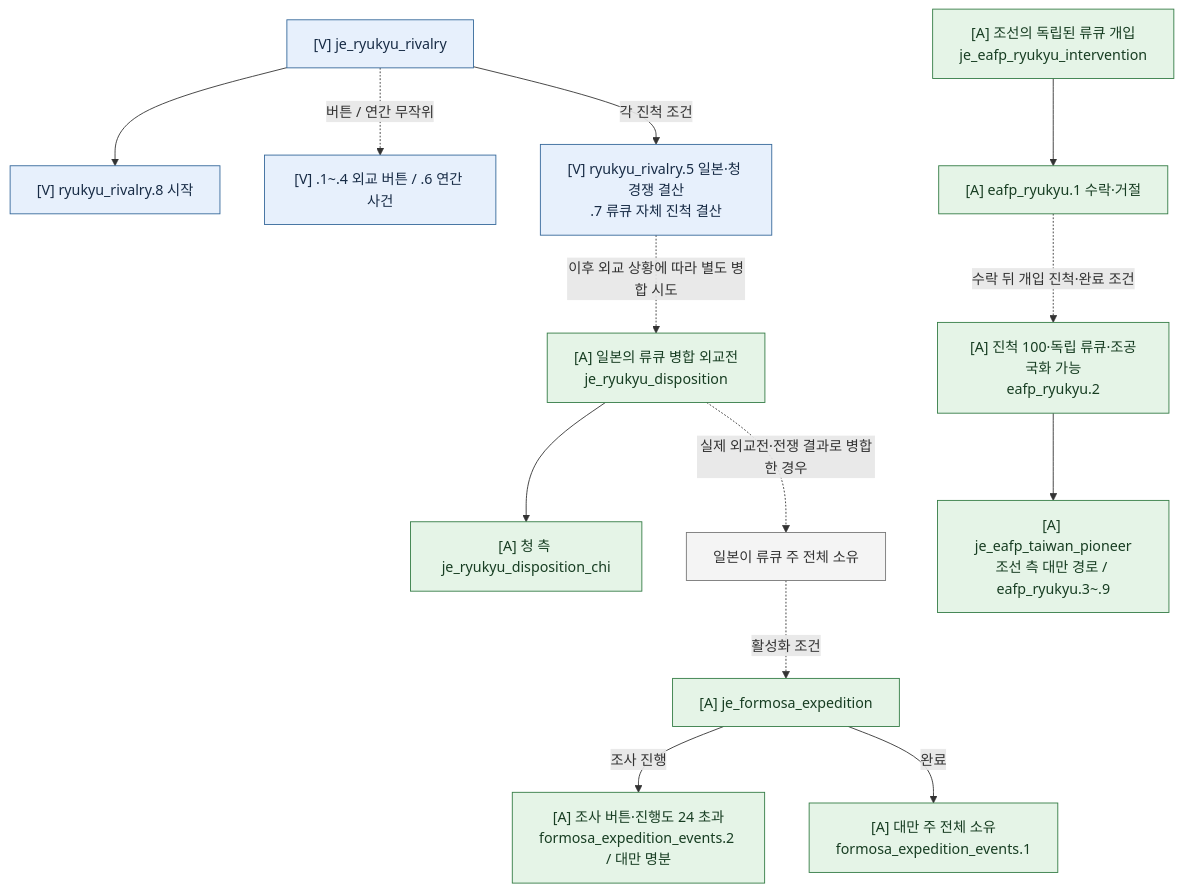
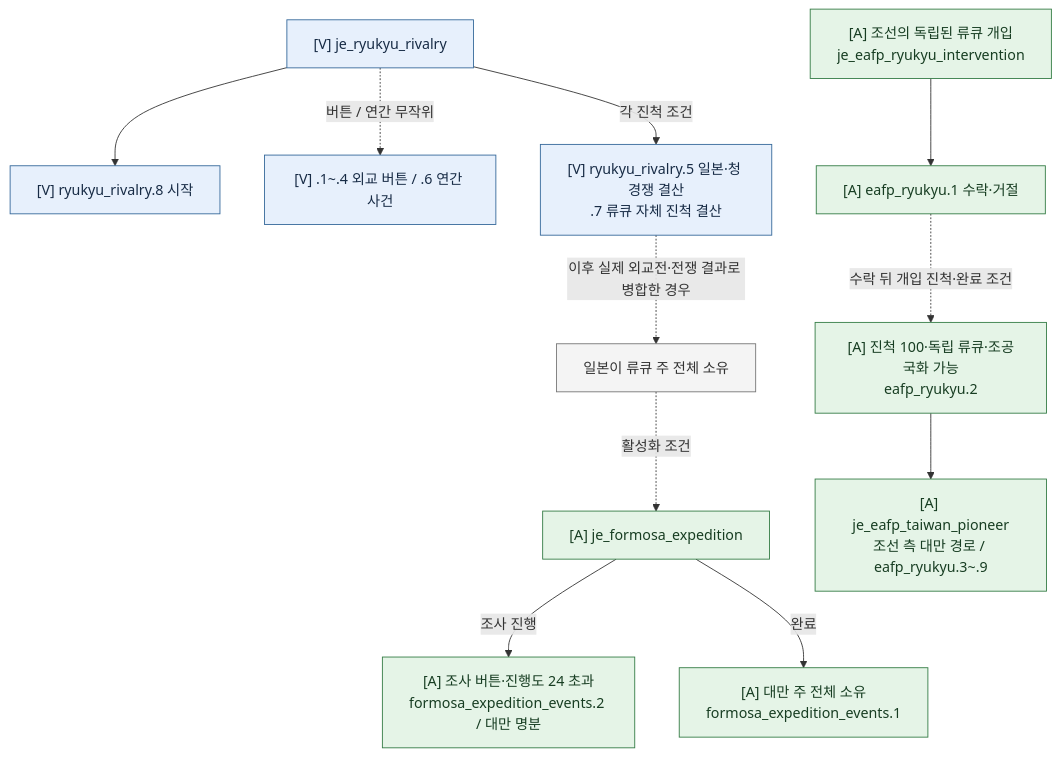
Diagram 11 of 13 in documentation/japan_content.md (East-Asia-Flavor-Pack/East-Asia-Flavor-Pack), drawn with Mermaid before and after one commit. The commit also changed other lines of this file and 5 other files, not shown here.

````diff
--- a/documentation/japan_content.md
+++ b/documentation/japan_content.md
@@ -900,35 +900,31 @@
 ```mermaid
 flowchart TD
     R["[V] je_ryukyu_rivalry"]:::V
     RI["[V] ryukyu_rivalry.8 시작"]:::V
     RR["[V] .1~.4 외교 버튼 / .6 연간 사건"]:::V
     RE["[V] ryukyu_rivalry.5 일본·청 경쟁 결산<br/>.7 류큐 자체 진척 결산"]:::V
-    ANN["[A] 일본의 류큐 병합 외교전<br/>je_ryukyu_disposition"]:::A
-    CHI["[A] 청 측 je_ryukyu_disposition_chi"]:::A
     OWNS["일본이 류큐 주 전체 소유"]:::N
     F["[A] je_formosa_expedition"]:::A
     SURVEY["[A] 조사 버튼·진행도 24 초과<br/>formosa_expedition_events.2 / 대만 명분"]:::A
     FE["[A] 대만 주 전체 소유<br/>formosa_expedition_events.1"]:::A
     K["[A] 조선의 독립된 류큐 개입<br/>je_eafp_ryukyu_intervention"]:::A
     KI["[A] eafp_ryukyu.1 수락·거절"]:::A
     KR["[A] 진척 100·독립 류큐·조공국화 가능<br/>eafp_ryukyu.2"]:::A
     KT["[A] je_eafp_taiwan_pioneer<br/>조선 측 대만 경로 / eafp_ryukyu.3~.9"]:::A
     R --> RI
     R -. "버튼 / 연간 무작위" .-> RR
     R -->|각 진척 조건| RE
-    RE -. "이후 외교 상황에 따라 별도 병합 시도" .-> ANN
-    ANN --> CHI
-    ANN -. "실제 외교전·전쟁 결과로 병합한 경우" .-> OWNS
+    RE -. "이후 실제 외교전·전쟁 결과로 병합한 경우" .-> OWNS
     OWNS -. "활성화 조건" .-> F
     F -->|조사 진행| SURVEY
     F -->|완료| FE
     K --> KI
     KI -. "수락 뒤 개입 진척·완료 조건" .-> KR
     KR --> KT
     classDef V fill:#e7f0fc,stroke:#35689a,color:#172b45;
     classDef M fill:#fff0d9,stroke:#b76a16,color:#4d2b05;
     classDef A fill:#e5f4e7,stroke:#347c45,color:#173d22;
     classDef U fill:#eeeeee,stroke:#777777,color:#333333,stroke-dasharray:5 5;
     classDef N fill:#f4f4f4,stroke:#777777,color:#333333;
 
 ```
````
